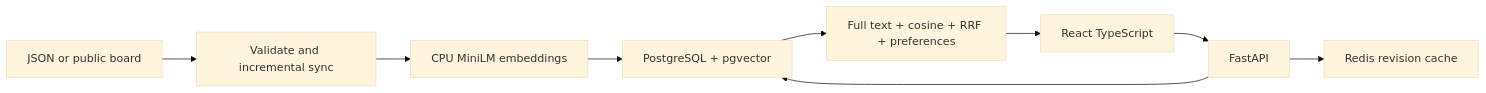
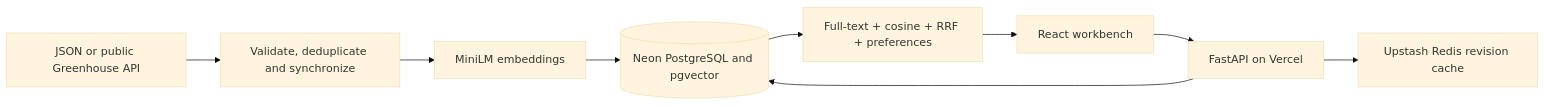
The first of 2 diagrams in README.md (Kanishkar843/DeltaIndex-), drawn with Mermaid (base theme) before and after one commit. The commit also changed other lines of this file, not shown here.

````diff
--- a/README.md
+++ b/README.md
@@ -42,11 +78,11 @@
 ```mermaid
 flowchart LR
-    Sources[JSON or public board] --> Ingest[Validate and incremental sync]
-    Ingest --> Model[CPU MiniLM embeddings]
-    Model --> PG[PostgreSQL + pgvector]
-    UI[React TypeScript] --> API[FastAPI]
-    API --> Redis[Redis revision cache]
-    API --> PG
-    PG --> Rank[Full text + cosine + RRF + preferences]
+    Sources[JSON or public Greenhouse API] --> Sync[Validate, deduplicate and synchronize]
+    Sync --> Model[MiniLM embeddings]
+    Model --> DB[(Neon PostgreSQL and pgvector)]
+    UI[React workbench] --> API[FastAPI on Vercel]
+    API --> Cache[Upstash Redis revision cache]
+    API --> DB
+    DB --> Rank[Full-text + cosine + RRF + preferences]
     Rank --> UI
 ```
````
